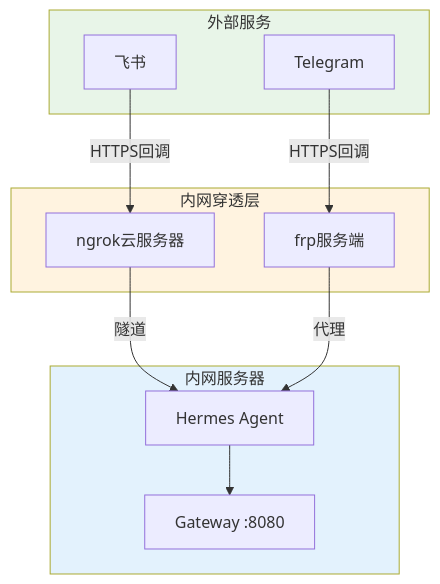
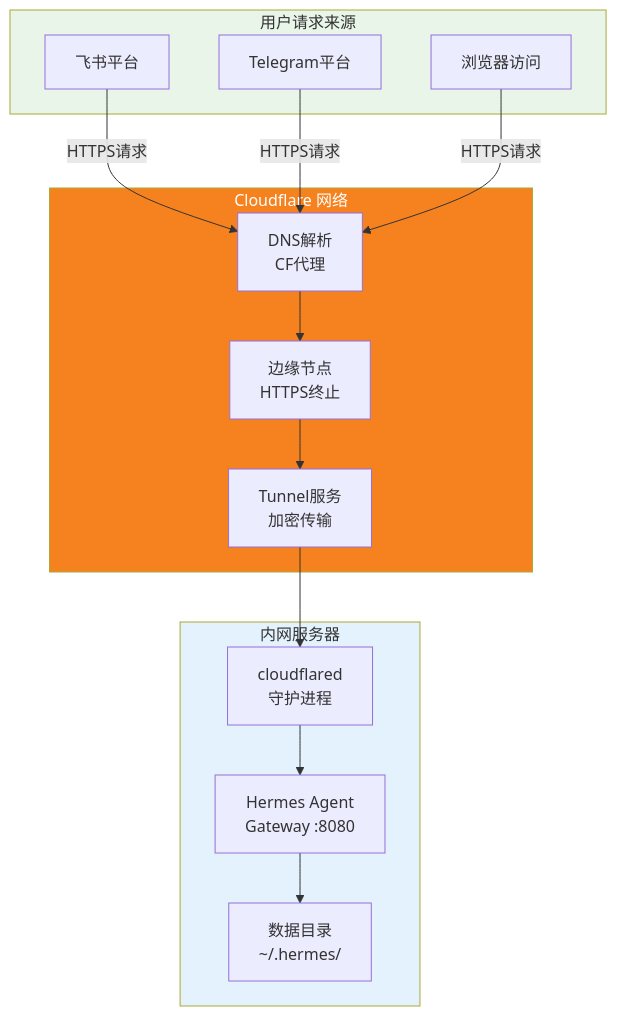
Before and after one commit to chujun/aiubuntu1-sh: diagram 17 of 19 in doc/ai-share/2026-04-24-Hermes Agent 综合分析报告.md, drawn with Mermaid. The commit also changed other lines of this file, not shown here.

First line of the commit message:
docs: 更新 Hermes Agent 内网穿透方案文档

````diff
--- a/doc/ai-share/2026-04-24-Hermes Agent 综合分析报告.md
+++ b/doc/ai-share/2026-04-24-Hermes Agent 综合分析报告.md
@@ -796,27 +913,33 @@
 ```mermaid
 flowchart TB
-    subgraph 外部服务["外部服务"]
-        FEISHU["飞书"]
-        TELEGRAM["Telegram"]
+    subgraph 用户层["用户请求来源"]
+        FEISHU["飞书平台"]
+        TELEGRAM["Telegram平台"]
+        BROWSER["浏览器访问"]
     end
 
-    subgraph 内网穿透["内网穿透层"]
-        NGROK_CLOUD["ngrok云服务器"]
-        FRP_SERVER["frp服务端"]
+    subgraph Cloudflare层["Cloudflare 网络"]
+        DNS["DNS解析<br/>CF代理"]
+        EDGE["边缘节点<br/>HTTPS终止"]
+        TUNNEL["Tunnel服务<br/>加密传输"]
     end
 
     subgraph 内网服务器["内网服务器"]
-        HERMES["Hermes Agent"]
-        PORT[Gateway :8080]
+        CFD["cloudflared<br/>守护进程"]
+        HERMES["Hermes Agent<br/>Gateway :8080"]
+        DATA["数据目录<br/>~/.hermes/"]
     end
 
-    FEISHU -->|HTTPS回调| NGROK_CLOUD
-    TELEGRAM -->|HTTPS回调| FRP_SERVER
-    NGROK_CLOUD -->|隧道| HERMES
-    FRP_SERVER -->|代理| HERMES
-    HERMES --> PORT
+    FEISHU -->|HTTPS请求| DNS
+    TELEGRAM -->|HTTPS请求| DNS
+    BROWSER -->|HTTPS请求| DNS
+    DNS --> EDGE
+    EDGE --> TUNNEL
+    TUNNEL --> CFD
+    CFD --> HERMES
+    HERMES --> DATA
 
-    style 外部服务 fill:#e8f5e8
-    style 内网穿透 fill:#fff3e0
+    style Cloudflare层 fill:#f6821f,color:#fff
     style 内网服务器 fill:#e3f2fd
+    style 用户层 fill:#e8f5e8
 ```
````
